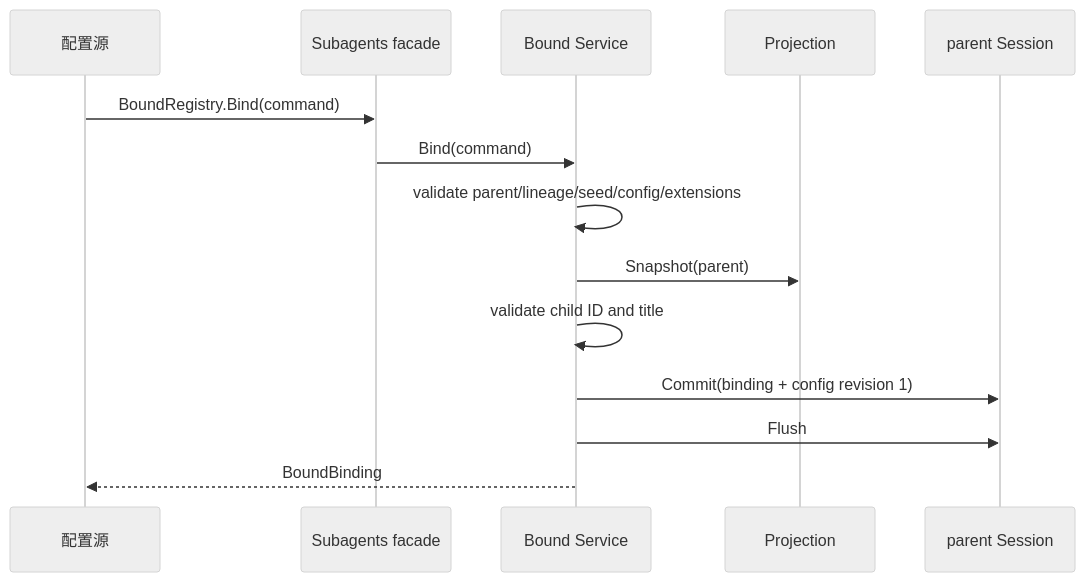
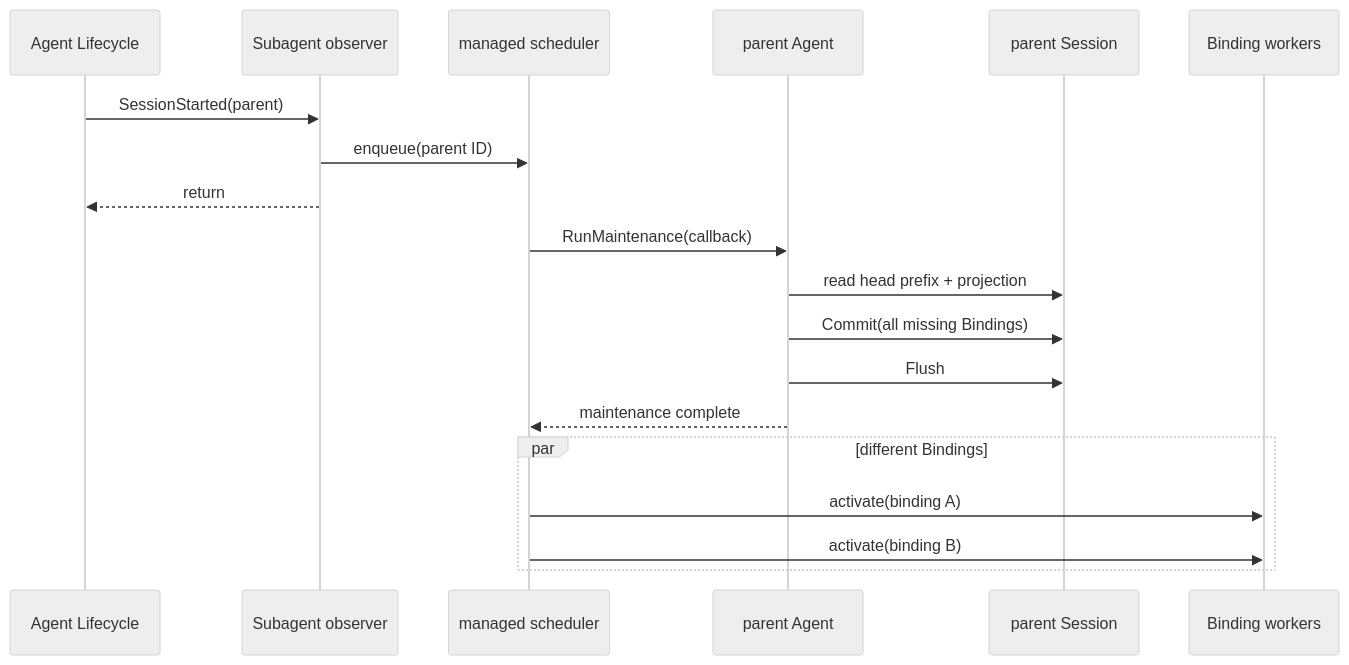
One commit to gorenx/goren changed the second of 2 diagrams in subagent/docs/parent-bound-design.zh-CN.md. Above: the diagram before and after it, drawn with Mermaid (neutral theme). The commit also changed other lines of this file and 7 other files, not shown here.

Commit message:
docs(subagent): define global bound definitions

````diff
--- a/subagent/docs/parent-bound-design.zh-CN.md
+++ b/subagent/docs/parent-bound-design.zh-CN.md
@@ -173,17 +87,22 @@
 ```mermaid
 sequenceDiagram
-    participant C as 配置源
-    participant F as Subagents facade
-    participant B as Bound Service
-    participant P as Projection
+    participant L as Agent Lifecycle
+    participant O as Subagent observer
+    participant Q as managed scheduler
+    participant P as parent Agent
     participant S as parent Session
+    participant W as Binding workers
 
-    C->>F: BoundRegistry.Bind(command)
-    F->>B: Bind(command)
-    B->>B: validate parent/lineage/seed/config/extensions
-    B->>P: Snapshot(parent)
-    B->>B: validate child ID and title
-    B->>S: Commit(binding + config revision 1)
-    B->>S: Flush
-    B-->>C: BoundBinding
+    L->>O: SessionStarted(parent)
+    O->>Q: enqueue(parent ID)
+    O-->>L: return
+    Q->>P: RunMaintenance(callback)
+    P->>S: read head prefix + projection
+    P->>S: Commit(all missing Bindings)
+    P->>S: Flush
+    P-->>Q: maintenance complete
+    par different Bindings
+        Q->>W: activate(binding A)
+        Q->>W: activate(binding B)
+    end
 ```
````
